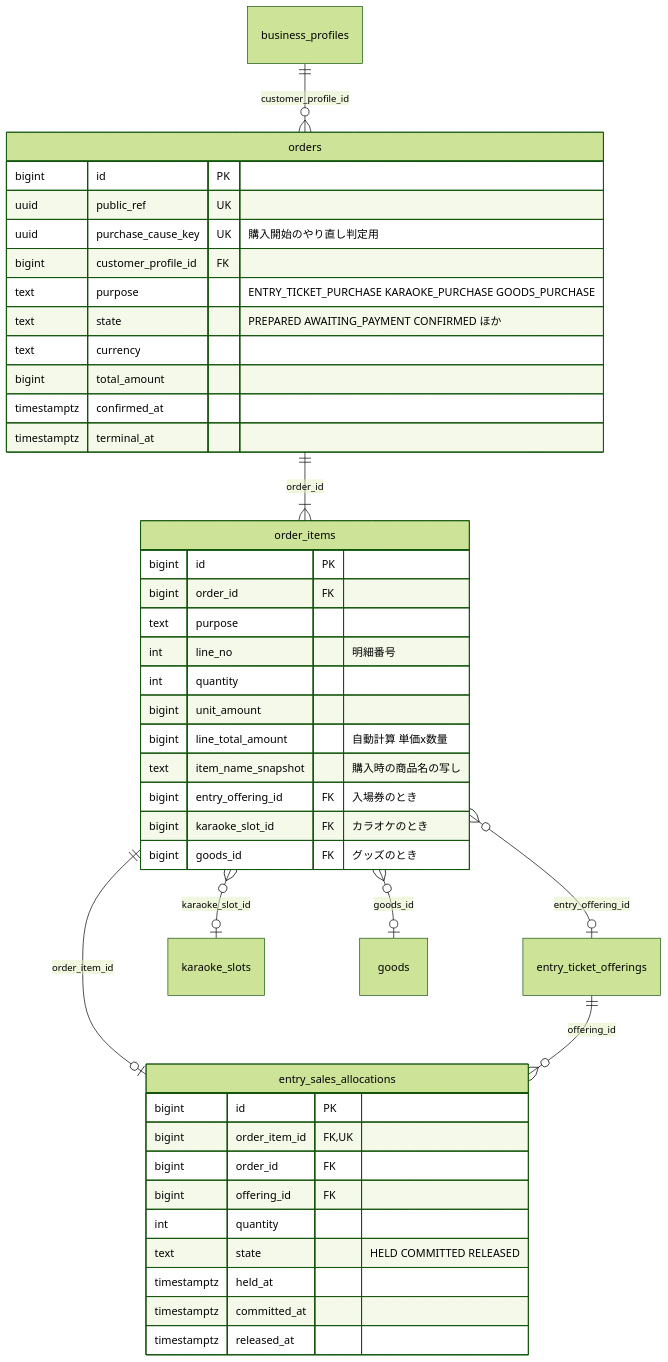
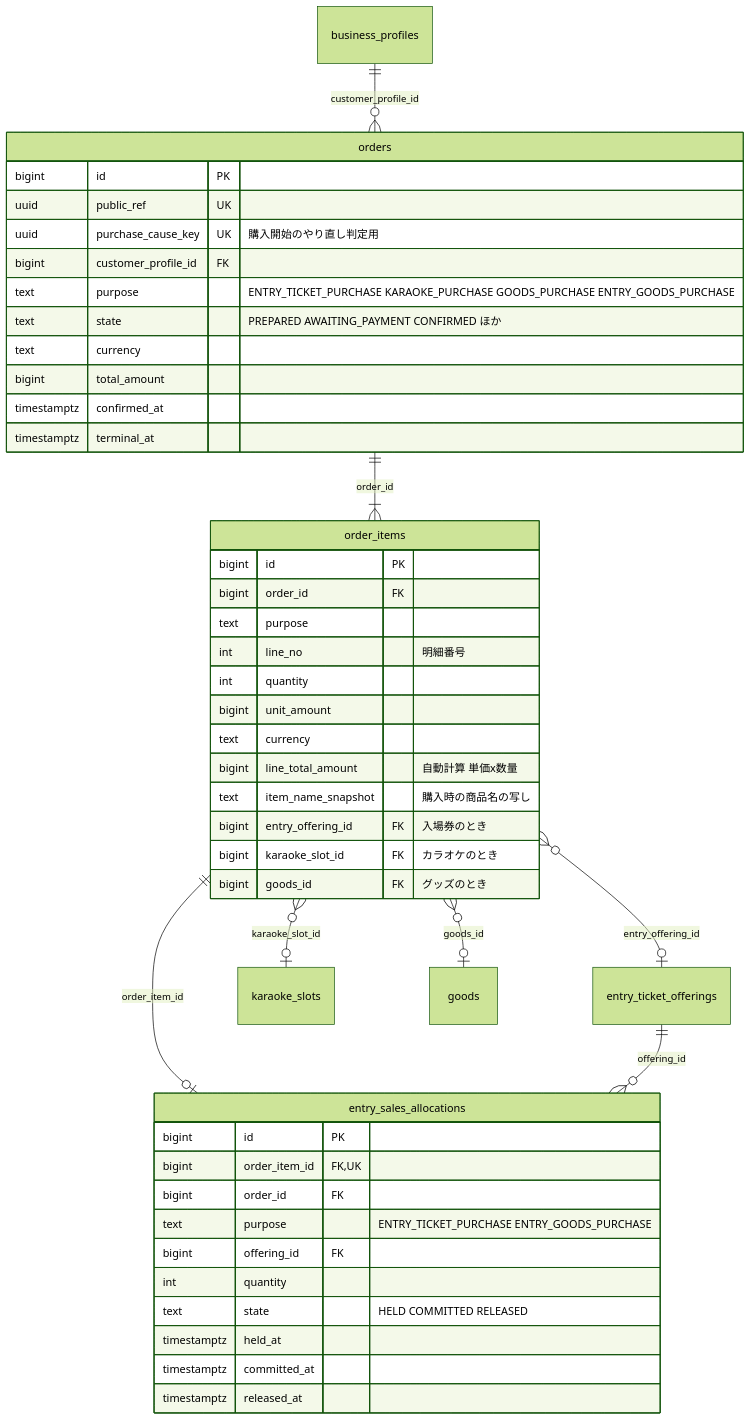
One commit to HayatoFukami/off-r39x changed the sixth of 11 diagrams in docs/drafts/er-diagram.md. Above: the diagram before and after it, drawn with Mermaid (forest theme). The commit also changed other lines of this file and 4 other files, not shown here.

````diff
--- a/docs/drafts/er-diagram.md
+++ b/docs/drafts/er-diagram.md
@@ -344,47 +359,49 @@
 ```mermaid
 erDiagram
     business_profiles ||--o{ orders : "customer_profile_id"
     orders ||--|{ order_items : "order_id"
     order_items }o--o| entry_ticket_offerings : "entry_offering_id"
     order_items }o--o| karaoke_slots : "karaoke_slot_id"
     order_items }o--o| goods : "goods_id"
     order_items ||--o| entry_sales_allocations : "order_item_id"
     entry_ticket_offerings ||--o{ entry_sales_allocations : "offering_id"
 
     orders {
         bigint id PK
         uuid public_ref UK
         uuid purchase_cause_key UK "購入開始のやり直し判定用"
         bigint customer_profile_id FK
-        text purpose "ENTRY_TICKET_PURCHASE KARAOKE_PURCHASE GOODS_PURCHASE"
+        text purpose "ENTRY_TICKET_PURCHASE KARAOKE_PURCHASE GOODS_PURCHASE ENTRY_GOODS_PURCHASE"
         text state "PREPARED AWAITING_PAYMENT CONFIRMED ほか"
         text currency
         bigint total_amount
         timestamptz confirmed_at
         timestamptz terminal_at
     }
     order_items {
         bigint id PK
         bigint order_id FK
         text purpose
         int line_no "明細番号"
         int quantity
         bigint unit_amount
+        text currency
         bigint line_total_amount "自動計算 単価x数量"
         text item_name_snapshot "購入時の商品名の写し"
         bigint entry_offering_id FK "入場券のとき"
         bigint karaoke_slot_id FK "カラオケのとき"
         bigint goods_id FK "グッズのとき"
     }
     entry_sales_allocations {
         bigint id PK
         bigint order_item_id FK, UK
         bigint order_id FK
+        text purpose "ENTRY_TICKET_PURCHASE ENTRY_GOODS_PURCHASE"
         bigint offering_id FK
         int quantity
         text state "HELD COMMITTED RELEASED"
         timestamptz held_at
         timestamptz committed_at
         timestamptz released_at
     }
 ```
````
